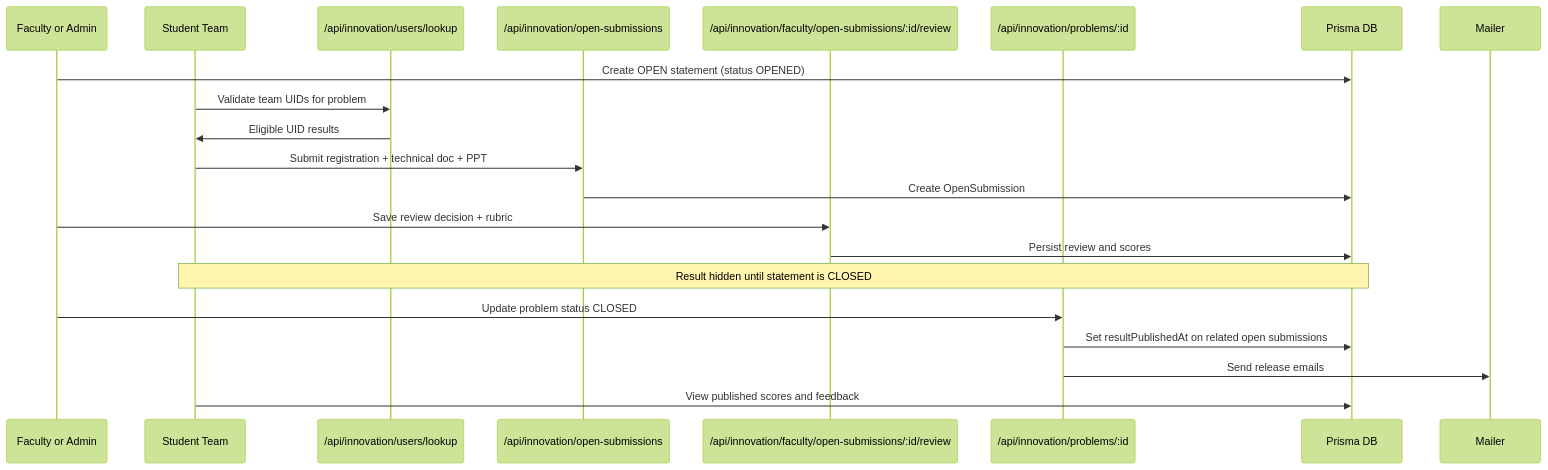
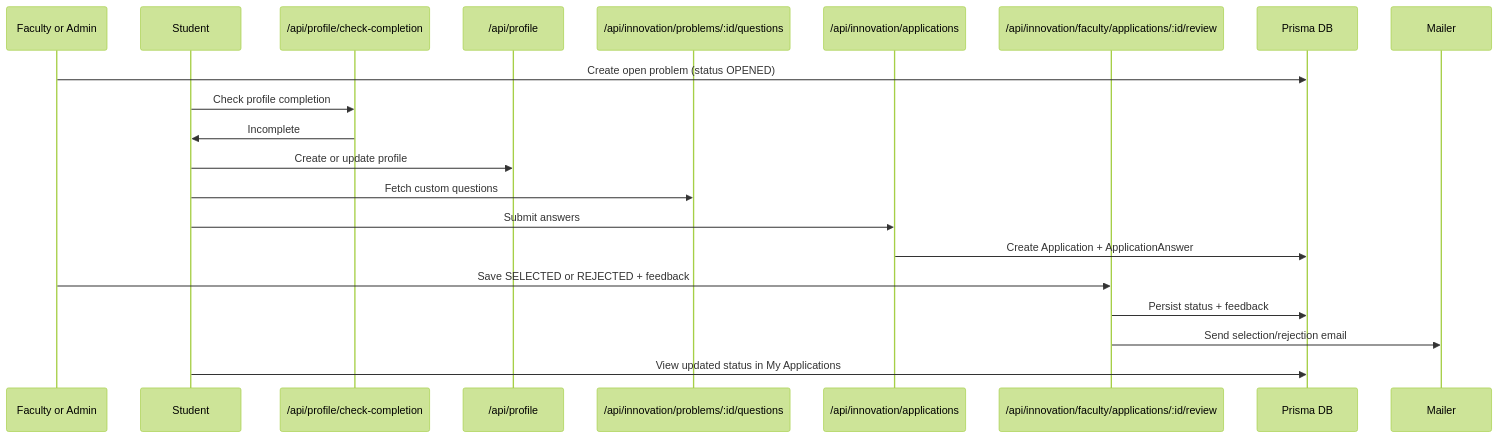
The seventh of 9 diagrams in README.md (Newer1107/CoE-Main), drawn with Mermaid (forest theme) before and after one commit. The commit also changed other lines of this file and 40 other files, not shown here.

First line of the commit message:
feat: add student profile management and application modals

````diff
--- a/README.md
+++ b/README.md
@@ -269,26 +271,25 @@
 ```mermaid
 sequenceDiagram
   participant F as Faculty or Admin
-  participant S as Student Team
-  participant U as /api/innovation/users/lookup
-  participant O as /api/innovation/open-submissions
-  participant R as /api/innovation/faculty/open-submissions/:id/review
-  participant P as /api/innovation/problems/:id
+  participant S as Student
+  participant PC as /api/profile/check-completion
+  participant PR as /api/profile
+  participant Q as /api/innovation/problems/:id/questions
+  participant A as /api/innovation/applications
+  participant FR as /api/innovation/faculty/applications/:id/review
   participant DB as Prisma DB
   participant M as Mailer
 
-  F->>DB: Create OPEN statement (status OPENED)
-  S->>U: Validate team UIDs for problem
-  U->>S: Eligible UID results
-  S->>O: Submit registration + technical doc + PPT
-  O->>DB: Create OpenSubmission
+  F->>DB: Create open problem (status OPENED)
+  S->>PC: Check profile completion
+  PC->>S: Incomplete
+  S->>PR: Create or update profile
+  S->>Q: Fetch custom questions
+  S->>A: Submit answers
+  A->>DB: Create Application + ApplicationAnswer
 
-  F->>R: Save review decision + rubric
-  R->>DB: Persist review and scores
-  Note over DB,S: Result hidden until statement is CLOSED
-
-  F->>P: Update problem status CLOSED
-  P->>DB: Set resultPublishedAt on related open submissions
-  P->>M: Send release emails
-  S->>DB: View published scores and feedback
+  F->>FR: Save SELECTED or REJECTED + feedback
+  FR->>DB: Persist status + feedback
+  FR->>M: Send selection/rejection email
+  S->>DB: View updated status in My Applications
 ```
````
